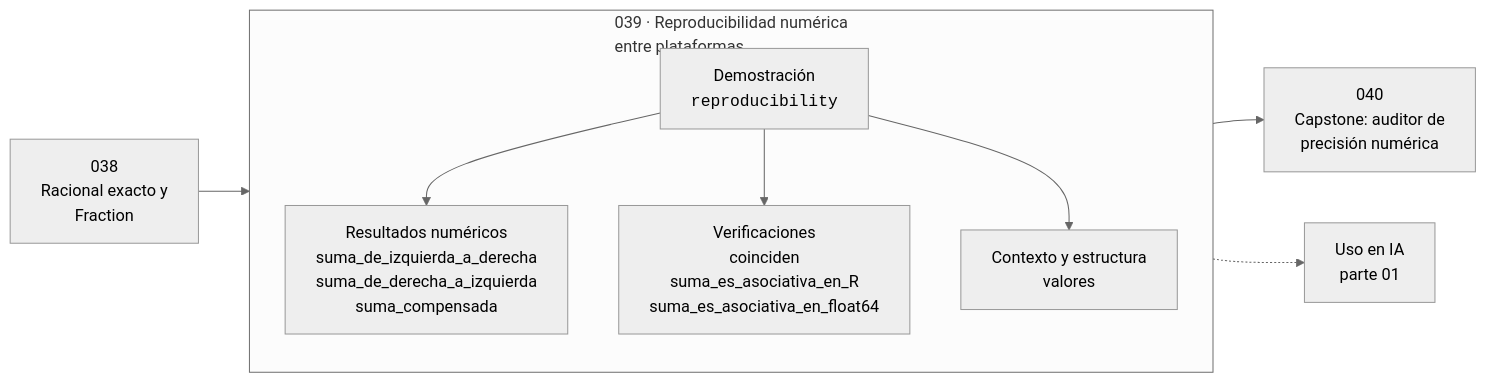
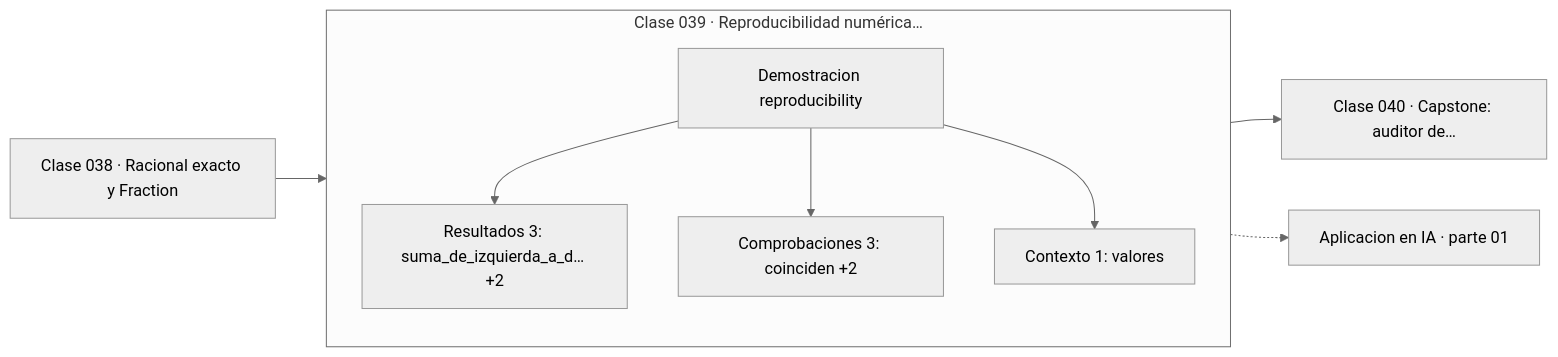
The diagram in classes/part-01-aritmetica-computacional-y-representacion-numerica/039-reproducibilidad-numerica-entre-plataformas/README.md (vladimiracunadev-create/computational-mathematics-program), drawn with Mermaid (neutral theme) before and after one commit. The commit also changed 389 other files, not shown here.

First line of the commit message:
fix(diagramas): elimina el HTML de las etiquetas Mermaid

````diff
--- a/classes/part-01-aritmetica-computacional-y-representacion-numerica/039-reproducibilidad-numerica-entre-plataformas/README.md
+++ b/classes/part-01-aritmetica-computacional-y-representacion-numerica/039-reproducibilidad-numerica-entre-plataformas/README.md
@@ -35,12 +35,13 @@
 ```mermaid
 flowchart LR
-    P["038<br/>Racional exacto y<br/>Fraction"] --> C
-    subgraph C["039 · Reproducibilidad numérica<br/>entre plataformas"]
+    P["Clase 038 · Racional exacto y Fraction"] --> D
+    subgraph CLASE["Clase 039 · Reproducibilidad numérica…"]
         direction TB
-        D["Demostración<br/><code>reproducibility</code>"] --> R["Resultados numéricos<br/>suma_de_izquierda_a_derecha<br/>suma_de_derecha_a_izquierda<br/>suma_compensada"]
-        D --> V["Verificaciones<br/>coinciden<br/>suma_es_asociativa_en_R<br/>suma_es_asociativa_en_float64"]
-        D --> O["Contexto y estructura<br/>valores"]
+        D["Demostracion reproducibility"]
+        D --> R["Resultados 3: suma_de_izquierda_a_d… +2"]
+        D --> V["Comprobaciones 3: coinciden +2"]
+        D --> O["Contexto 1: valores"]
     end
-    C --> N["040<br/>Capstone: auditor de<br/>precisión numérica"]
-    C -.-> IA["Uso en IA<br/>parte 01"]
+    R --> N["Clase 040 · Capstone: auditor de…"]
+    V -.-> IA["Aplicacion en IA · parte 01"]
 ```
````
